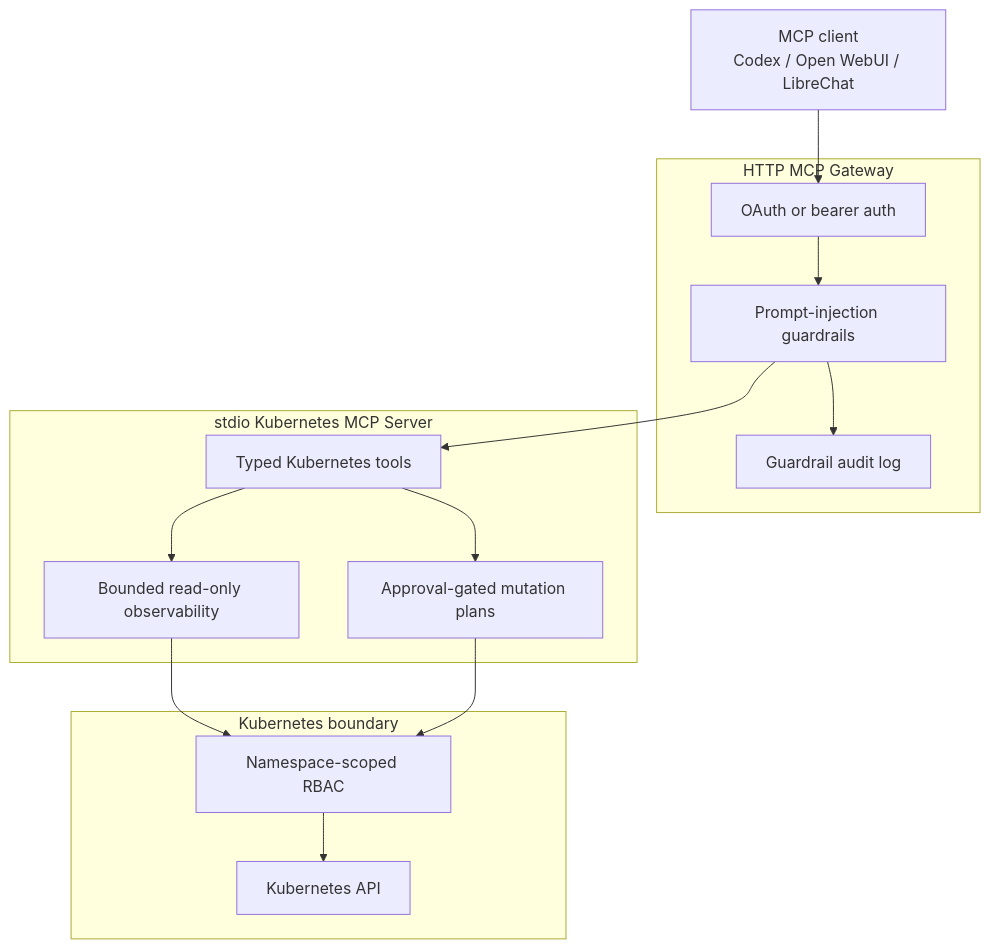
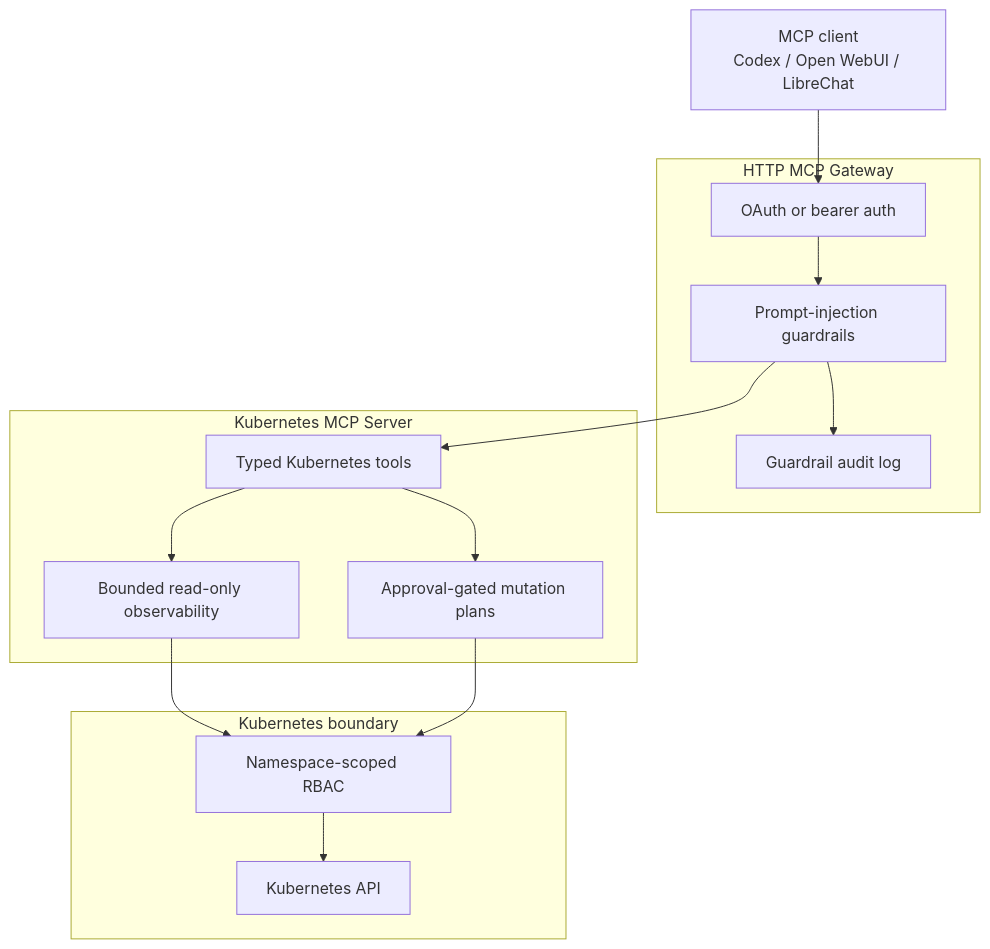
The diagram in README.md (mirusser/Kubernetes-MCP-Guard), drawn with Mermaid before and after one commit. The commit also changed other lines of this file and 27 other files, not shown here.

````diff
--- a/README.md
+++ b/README.md
@@ -16,31 +14,31 @@
 ```mermaid
 flowchart TB
     Client["MCP client<br/>Codex / Open WebUI / LibreChat"]
 
     subgraph Gateway["HTTP MCP Gateway"]
         Auth["OAuth or bearer auth"]
         Guardrails["Prompt-injection guardrails"]
         Audit["Guardrail audit log"]
         Auth --> Guardrails
         Guardrails --> Audit
     end
 
-    subgraph Server["stdio Kubernetes MCP Server"]
+    subgraph Server["Kubernetes MCP Server"]
         Tools["Typed Kubernetes tools"]
         ReadOnly["Bounded read-only observability"]
         Plans["Approval-gated mutation plans"]
         Tools --> ReadOnly
         Tools --> Plans
     end
 
     subgraph Kubernetes["Kubernetes boundary"]
         RBAC["Namespace-scoped RBAC"]
         API["Kubernetes API"]
         RBAC --> API
     end
 
     Client --> Auth
     Guardrails --> Tools
     ReadOnly --> RBAC
     Plans --> RBAC
 ```
````
